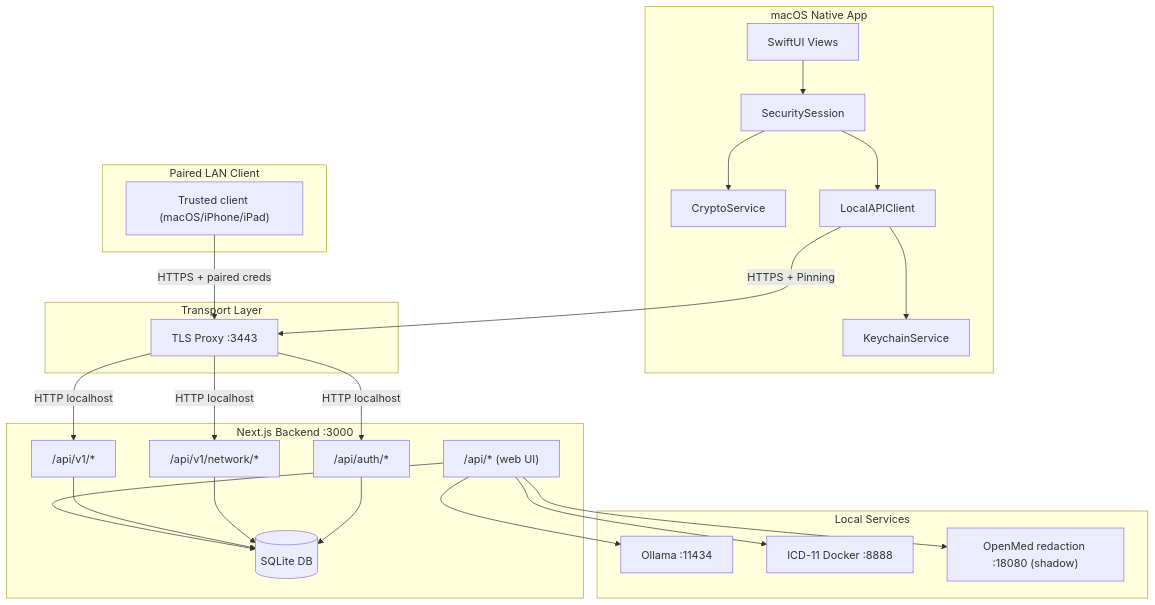
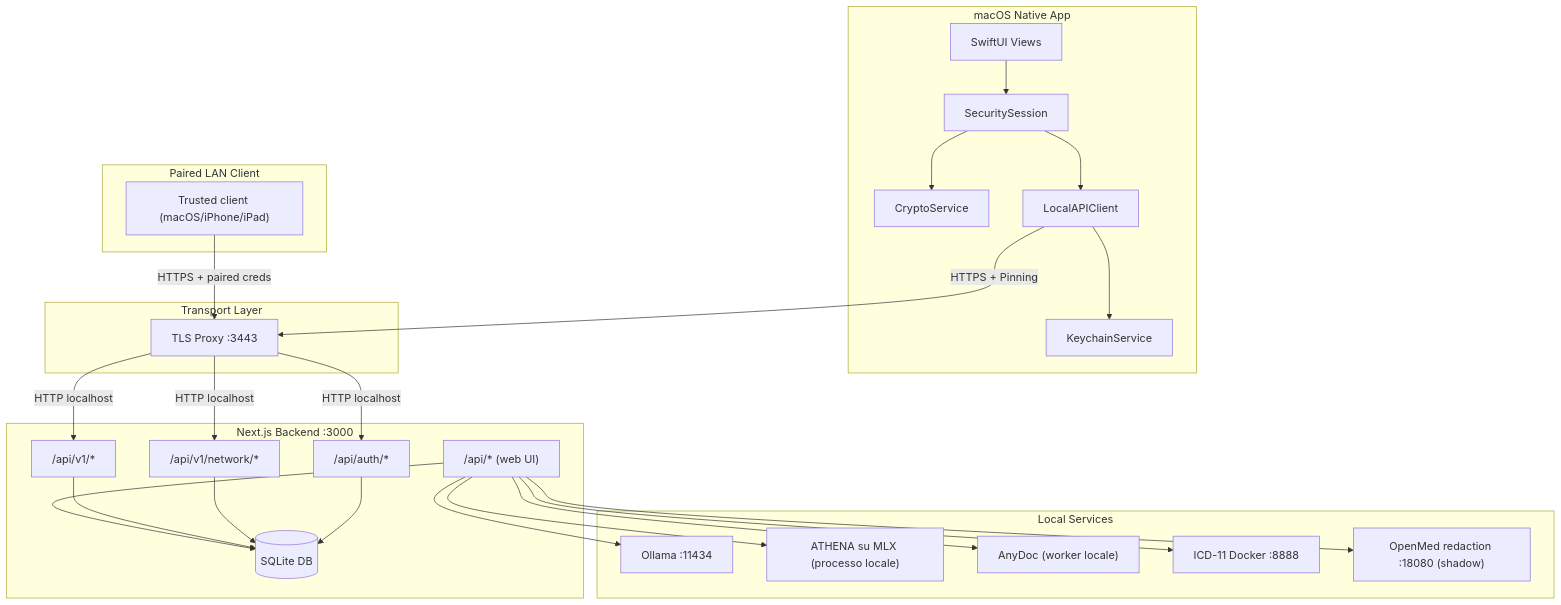
One commit to Wulfgardr/mediflow changed the first of 4 diagrams in docs/walkthrough.md. Above: the diagram before and after it, drawn with Mermaid. The commit also changed other lines of this file and 5 other files, not shown here.

````diff
--- a/docs/walkthrough.md
+++ b/docs/walkthrough.md
@@ -51,49 +59,53 @@
 ```mermaid
 graph TB
     subgraph "macOS Native App"
         UI[SwiftUI Views]
         SEC[SecuritySession]
         CRYPTO[CryptoService]
         KC[KeychainService]
         API[LocalAPIClient]
     end
 
     subgraph "Paired LAN Client"
         PEER["Trusted client (macOS/iPhone/iPad)"]
     end
 
     subgraph "Transport Layer"
         TLS["TLS Proxy :3443"]
     end
 
     subgraph "Next.js Backend :3000"
         AUTH["/api/auth/*"]
         V1["/api/v1/*"]
         NET["/api/v1/network/*"]
         WEBAPI["/api/* (web UI)"]
         DB[(SQLite DB)]
     end
 
     subgraph "Local Services"
         OLLAMA["Ollama :11434"]
+        ATHENA["ATHENA su MLX (processo locale)"]
+        ANYDOC["AnyDoc (worker locale)"]
         ICD["ICD-11 Docker :8888"]
         OPENMED["OpenMed redaction :18080 (shadow)"]
     end
 
     UI --> SEC
     SEC --> CRYPTO
     SEC --> API
     API --> KC
     API -->|HTTPS + Pinning| TLS
     PEER -->|HTTPS + paired creds| TLS
     TLS -->|HTTP localhost| V1
     TLS -->|HTTP localhost| NET
     TLS -->|HTTP localhost| AUTH
     WEBAPI --> DB
     V1 --> DB
     NET --> DB
     AUTH --> DB
     WEBAPI --> OLLAMA
+    WEBAPI --> ATHENA
+    WEBAPI --> ANYDOC
     WEBAPI --> ICD
     WEBAPI --> OPENMED
 ```
````
